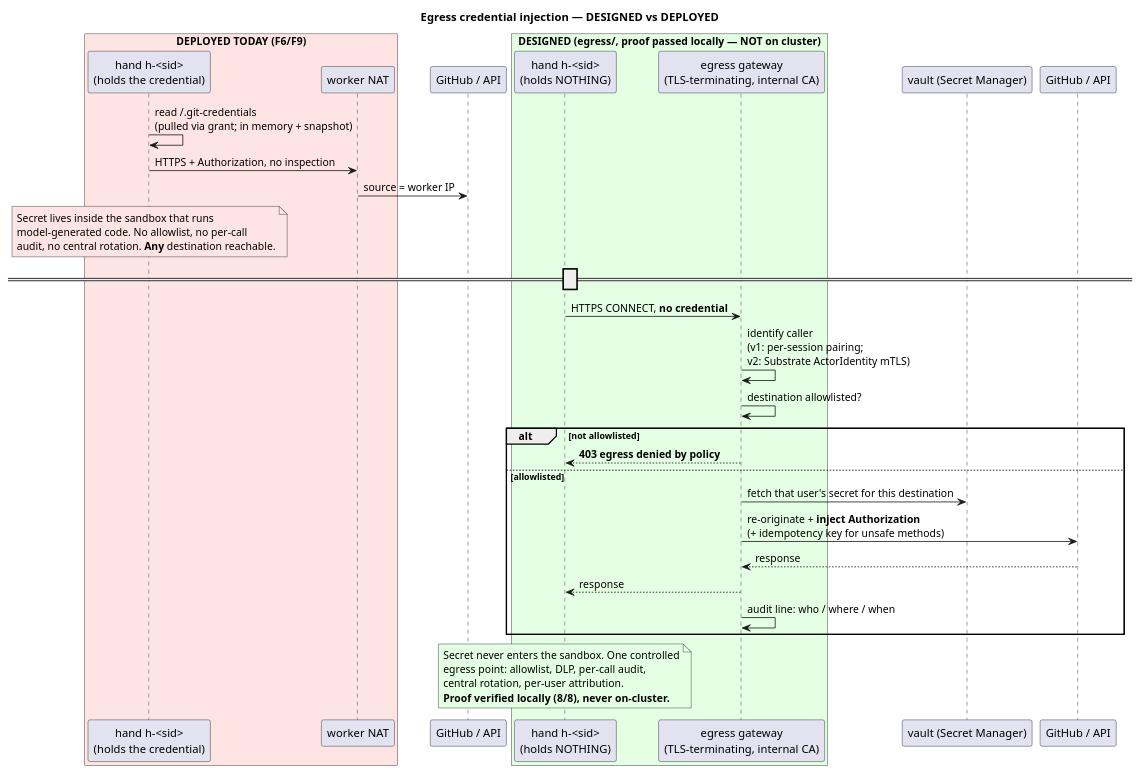
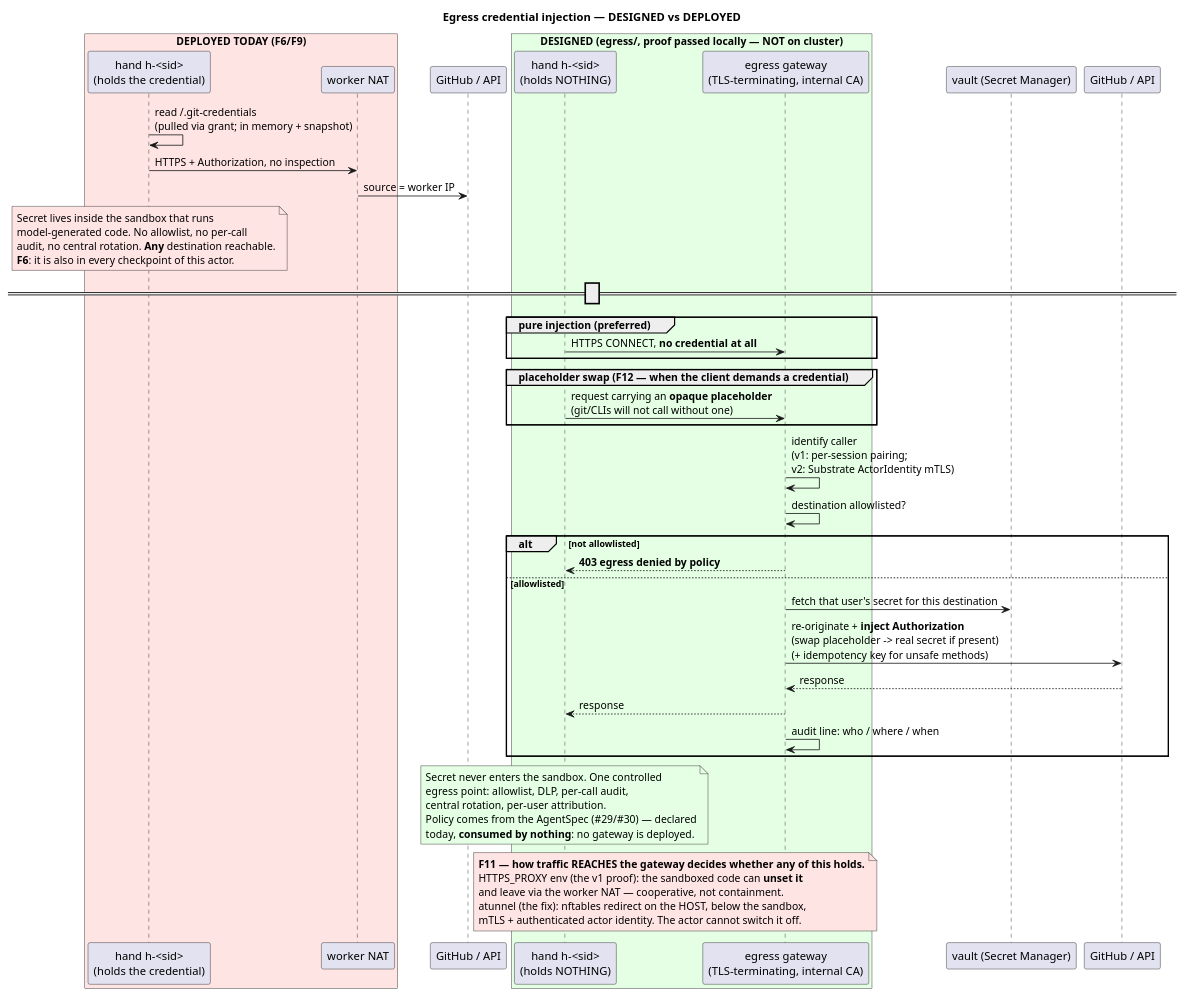
Before and after one commit to agents-community/supercluster: the diagram in agentplane/docs/threat-model/seq-egress-injection.puml, drawn with PlantUML. The commit also changed 2 other files, not shown here.

```diff
--- a/agentplane/docs/threat-model/seq-egress-injection.puml
+++ b/agentplane/docs/threat-model/seq-egress-injection.puml
@@ -1,46 +1,61 @@
 @startuml seq-egress-injection
 title Egress credential injection — DESIGNED vs DEPLOYED
 
 box "DEPLOYED TODAY (F6/F9)" #FFE4E4
 participant "hand h-<sid>\n(holds the credential)" as hand1
 participant "worker NAT" as nat
 end box
 participant "GitHub / API" as ext1
 
 hand1 -> hand1 : read ~/.git-credentials\n(pulled via grant; in memory + snapshot)
 hand1 -> nat : HTTPS + Authorization, no inspection
 nat -> ext1 : source = worker IP
 note over hand1 #FFE4E4
   Secret lives inside the sandbox that runs
   model-generated code. No allowlist, no per-call
   audit, no central rotation. <b>Any</b> destination reachable.
+  <b>F6</b>: it is also in every checkpoint of this actor.
 end note
 
 == ================================================== ==
 
 box "DESIGNED (egress/, proof passed locally — NOT on cluster)" #E4FFE4
 participant "hand h-<sid>\n(holds NOTHING)" as hand2
 participant "egress gateway\n(TLS-terminating, internal CA)" as prox
 end box
 participant "vault (Secret Manager)" as sm2
 participant "GitHub / API" as ext2
 
-hand2 -> prox : HTTPS CONNECT, <b>no credential</b>
+group pure injection (preferred)
+  hand2 -> prox : HTTPS CONNECT, <b>no credential at all</b>
+end
+group placeholder swap (F12 — when the client demands a credential)
+  hand2 -> prox : request carrying an <b>opaque placeholder</b>\n(git/CLIs will not call without one)
+end
 prox -> prox : identify caller\n(v1: per-session pairing;\nv2: Substrate ActorIdentity mTLS)
 prox -> prox : destination allowlisted?
 alt not allowlisted
   prox --> hand2 : <b>403 egress denied by policy</b>
 else allowlisted
   prox -> sm2 : fetch that user's secret for this destination
-  prox -> ext2 : re-originate + <b>inject Authorization</b>\n(+ idempotency key for unsafe methods)
+  prox -> ext2 : re-originate + <b>inject Authorization</b>\n(swap placeholder -> real secret if present)\n(+ idempotency key for unsafe methods)
   ext2 --> prox : response
   prox --> hand2 : response
   prox -> prox : audit line: who / where / when
 end
 note over hand2 #E4FFE4
   Secret never enters the sandbox. One controlled
   egress point: allowlist, DLP, per-call audit,
   central rotation, per-user attribution.
-  <b>Proof verified locally (8/8), never on-cluster.</b>
+  Policy comes from the AgentSpec (#29/#30) — declared
+  today, <b>consumed by nothing</b>: no gateway is deployed.
+end note
+
+note over hand2, prox #FFE4E4
+  <b>F11 — how traffic REACHES the gateway decides whether any of this holds.</b>
+  HTTPS_PROXY env (the v1 proof): the sandboxed code can <b>unset it</b>
+  and leave via the worker NAT — cooperative, not containment.
+  atunnel (the fix): nftables redirect on the HOST, below the sandbox,
+  mTLS + authenticated actor identity. The actor cannot switch it off.
 end note
 @enduml
```
